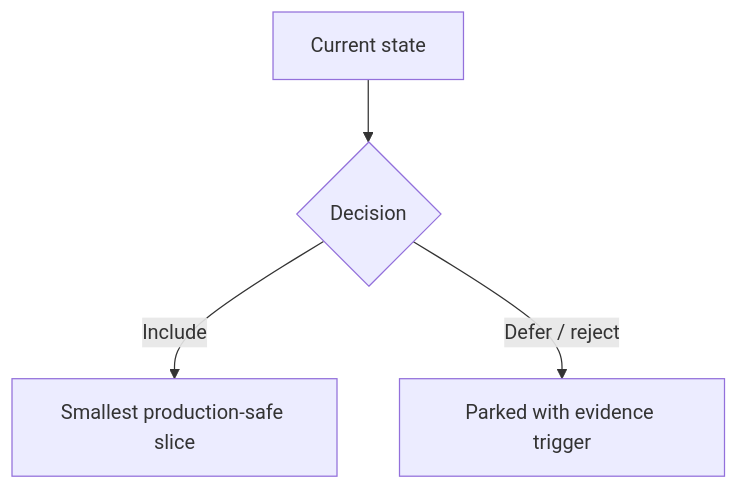
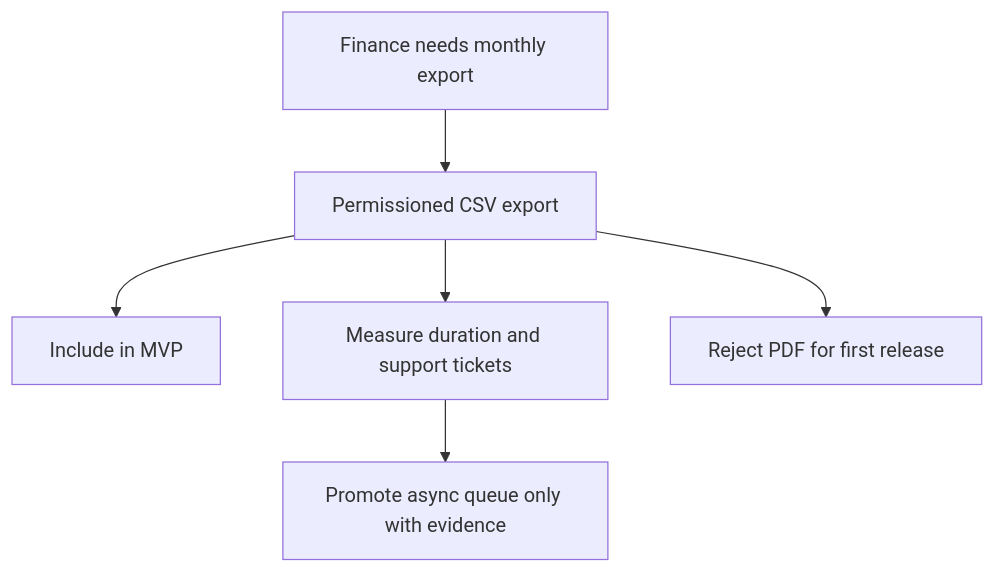
One commit to vTRKA/supervibe changed the diagram in docs/templates/brainstorm-output-template.md. Above: the diagram before and after it, drawn with Mermaid. The commit also changed other lines of this file and 142 other files, not shown here.

````diff
--- a/docs/templates/brainstorm-output-template.md
+++ b/docs/templates/brainstorm-output-template.md
@@ -110,8 +122,10 @@
 ```mermaid
 flowchart TD
-  %% accTitle: <single-line accessible title>
-  %% accDescr: <plain-language summary of the diagram>
-  A[Current state] --> B{Decision}
-  B -->|Include| C[Smallest production-safe slice]
-  B -->|Defer / reject| D[Parked with evidence trigger]
+  %% accTitle: Billing export MVP decision flow
+  %% accDescr: The MVP includes synchronous CSV export, defers queue work until measured need, and rejects PDF for the first release.
+  A[Finance needs monthly export] --> B[Permissioned CSV export]
+  B --> C[Include in MVP]
+  B --> D[Measure duration and support tickets]
+  D --> E[Promote async queue only with evidence]
+  B --> F[Reject PDF for first release]
 ```
````
